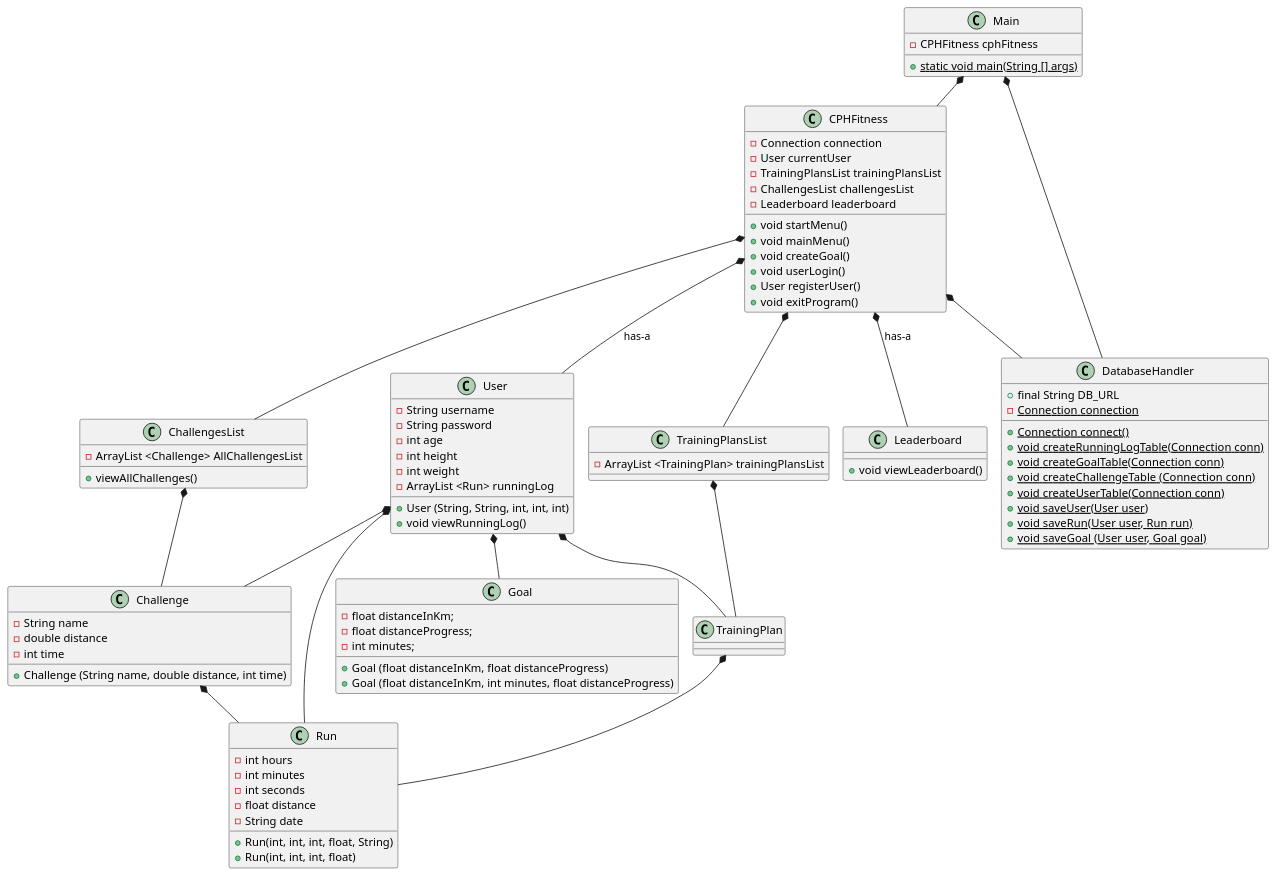
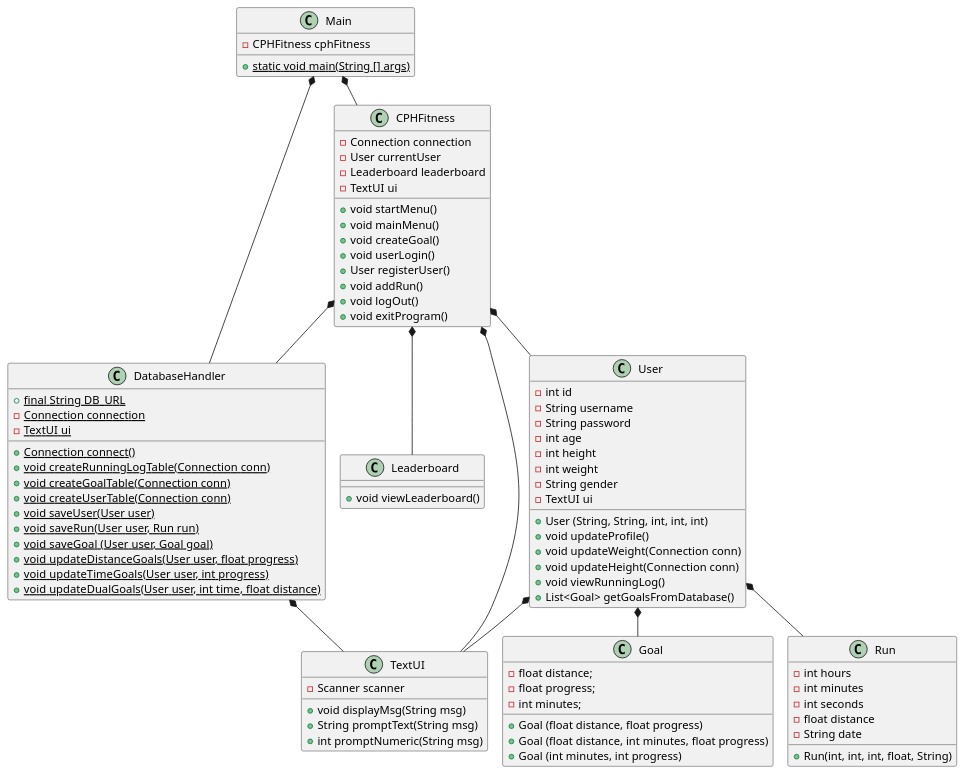
The diagram in doc/classdiagram_v2.puml (William1372/ICE2024), drawn with PlantUML before and after one commit. The commit also changed 3 other files, not shown here.

```diff
--- a/doc/classdiagram_v2.puml
+++ b/doc/classdiagram_v2.puml
@@ -1,116 +1,103 @@
 @startuml
 'https://plantuml.com/sequence-diagram
 !pragma layout smetana
 
 class Main{
 {static}+ static void main(String [] args)
 
 - CPHFitness cphFitness
 
 }
 
 class CPHFitness{
 - Connection connection
 - User currentUser
-- TrainingPlansList trainingPlansList
-- ChallengesList challengesList
 - Leaderboard leaderboard
-
+- TextUI ui
 + void startMenu()
 + void mainMenu()
 + void createGoal()
 + void userLogin()
 + User registerUser()
++ void addRun()
++ void logOut()
 + void exitProgram()
 }
 
 class DatabaseHandler {
-+ final String DB_URL
++ {static} final String DB_URL
 - {static} Connection connection
+- {static} TextUI ui
 + {static} Connection connect()
 + {static} void createRunningLogTable(Connection conn)
 + {static} void createGoalTable(Connection conn)
-+ {static} void createChallengeTable (Connection conn)
 + {static} void createUserTable(Connection conn)
 + {static} void saveUser(User user)
 + {static} void saveRun(User user, Run run)
 + {static} void saveGoal (User user, Goal goal)
-
++ {static} void updateDistanceGoals(User user, float progress)
++ {static} void updateTimeGoals(User user, int progress)
++ {static} void updateDualGoals(User user, int time, float distance)
 }
 
-
-
 class User{
-+ User (String, String, int, int, int)
+- int id
 - String username
 - String password
 - int age
 - int height
 - int weight
-- ArrayList <Run> runningLog
+- String gender
+- TextUI ui
++ User (String, String, int, int, int)
++ void updateProfile()
++ void updateWeight(Connection conn)
++ void updateHeight(Connection conn)
 + void viewRunningLog()
++ List<Goal> getGoalsFromDatabase()
 }
 
 class Run{
 + Run(int, int, int, float, String)
-+ Run(int, int, int, float)
 - int hours
 - int minutes
 - int seconds
 - float distance
 - String date
 }
 
-class ChallengesList{
-- ArrayList <Challenge> AllChallengesList
-+ viewAllChallenges()
-}
-
-class TrainingPlansList{
-- ArrayList <TrainingPlan> trainingPlansList
-}
-
 class Goal {
- - float distanceInKm;
- - float distanceProgress;
+ - float distance;
+ - float progress;
  - int minutes;
- + Goal (float distanceInKm, float distanceProgress)
- + Goal (float distanceInKm, int minutes, float distanceProgress)
-}
-
-class Challenge {
-- String name
-- double distance
-- int time
-
-+ Challenge (String name, double distance, int time)
-}
-
-class TrainingPlan {
-
+ + Goal (float distance, float progress)
+ + Goal (float distance, int minutes, float progress)
+ + Goal (int minutes, int progress)
 }
 
 class Leaderboard{
 + void viewLeaderboard()
 }
 
+class TextUI{
+- Scanner scanner
++ void displayMsg(String msg)
++ String promptText(String msg)
++ int promptNumeric(String msg)
+}
+
 Main *-- CPHFitness
 Main *-- DatabaseHandler
 
-CPHFitness *-- User : has-a
-CPHFitness *-- Leaderboard : has-a
-CPHFitness *-- ChallengesList
-CPHFitness *-- TrainingPlansList
+CPHFitness *-- User
+CPHFitness *-- Leaderboard
 CPHFitness *-- DatabaseHandler
-
-ChallengesList *-- Challenge
-TrainingPlansList *-- TrainingPlan
+CPHFitness *-- TextUI
 
 User *-- Goal
-User *-- Challenge
-User *-- TrainingPlan
 User *-- Run
-Challenge *-- Run
-TrainingPlan *-- Run
+User *-- TextUI
+
+DatabaseHandler *-- TextUI
 
 @enduml
```
